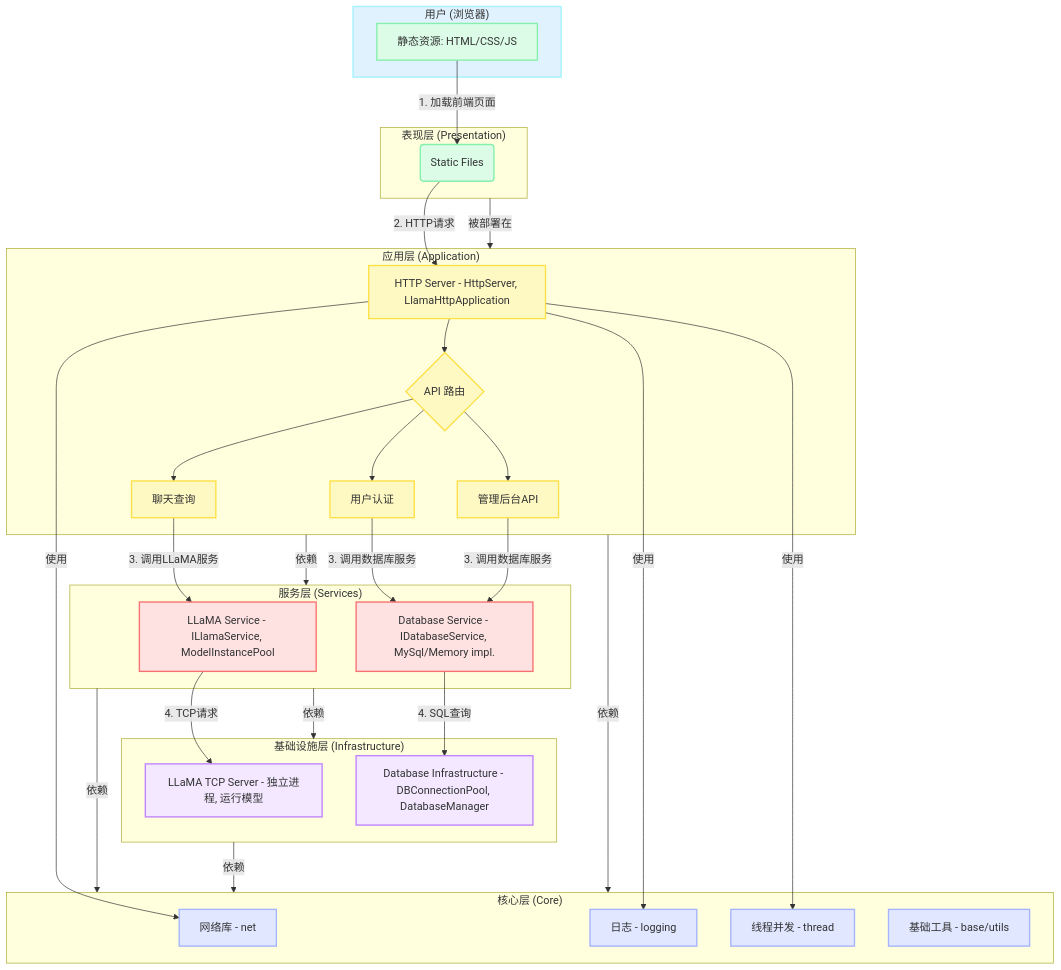
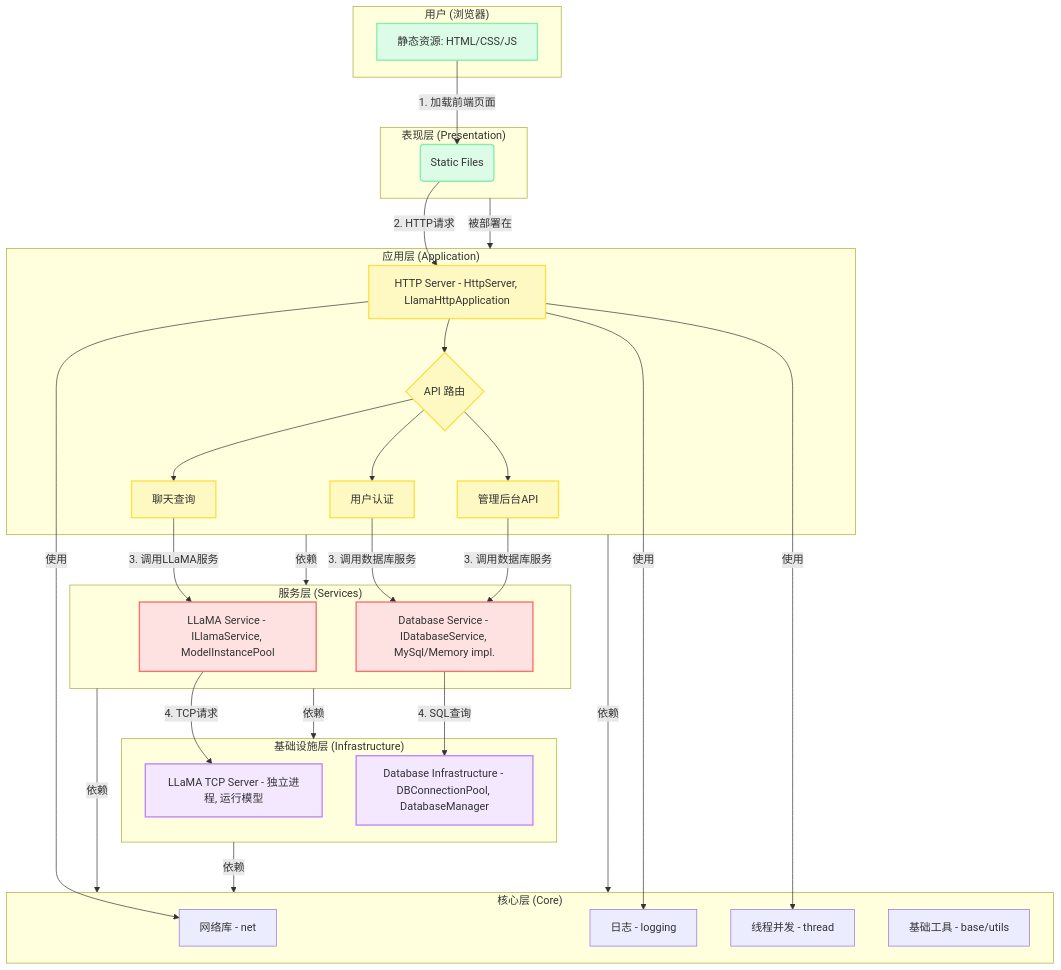
The diagram in _posts/2025-08-02-project-preview.md (xiaoben765/xiaoben765.github.io), drawn with Mermaid before and after one commit. The commit also changed other lines of this file and 1 other file, not shown here.

````diff
--- a/_posts/2025-08-02-project-preview.md
+++ b/_posts/2025-08-02-project-preview.md
@@ -26,72 +26,71 @@
-```mermaid
+<div class="mermaid">
 graph TD
-    subgraph User["用户 (浏览器)"]
+    subgraph 用户["用户 (浏览器)"]
         A[静态资源: HTML/CSS/JS]
     end
 
     subgraph Presentation["表现层 (Presentation)"]
         B(Static Files)
     end
 
     subgraph Application["应用层 (Application)"]
         C[HTTP Server - HttpServer, LlamaHttpApplication] --> D{API 路由}
         D --> E[用户认证]
         D --> F[聊天查询]
         D --> G[管理后台API]
     end
 
     subgraph Services["服务层 (Services)"]
         H[LLaMA Service - ILlamaService, ModelInstancePool]
         I[Database Service - IDatabaseService, MySql/Memory impl.]
     end
 
     subgraph Infrastructure["基础设施层 (Infrastructure)"]
         J[LLaMA TCP Server - 独立进程, 运行模型]
         K[Database Infrastructure - DBConnectionPool, DatabaseManager]
     end
 
     subgraph Core["核心层 (Core)"]
         L[网络库 - net]
         M[日志 - logging]
         N[线程并发 - thread]
         O[基础工具 - base/utils]
     end
 
     %% 流程连线
     A -- "1. 加载前端页面" --> B
     B -- "2. HTTP请求" --> C
     
     C -- "使用" --> L
     C -- "使用" --> M
     C -- "使用" --> N
 
     F -- "3. 调用LLaMA服务" --> H
     E -- "3. 调用数据库服务" --> I
     G -- "3. 调用数据库服务" --> I
     
     H -- "4. TCP请求" --> J
     I -- "4. SQL查询" --> K
     
     %% 模块依赖关系 (虚线)
     Application -- "依赖" --> Services
     Services -- "依赖" --> Infrastructure
     Services -- "依赖" --> Core
     Infrastructure -- "依赖" --> Core
     Application -- "依赖" --> Core
     Presentation -- "被部署在" --> Application
 
     %% 样式
     classDef user fill:#e0f2fe,stroke:#a5f3fc,stroke-width:2px;
     classDef presentation fill:#dcfce7,stroke:#86efac,stroke-width:2px;
     classDef app fill:#fef9c3,stroke:#fde047,stroke-width:2px;
     classDef services fill:#fee2e2,stroke:#f87171,stroke-width:2px;
     classDef infra fill:#f3e8ff,stroke:#c084fc,stroke-width:2px;
     classDef core fill:#e0e7ff,stroke:#a5b4fc,stroke-width:2px;
 
     class User user;
     class A,B presentation;
     class C,D,E,F,G app;
     class H,I services;
     class J,K infra;
-    class L,M,N,O core;
-```
+</div>
````
